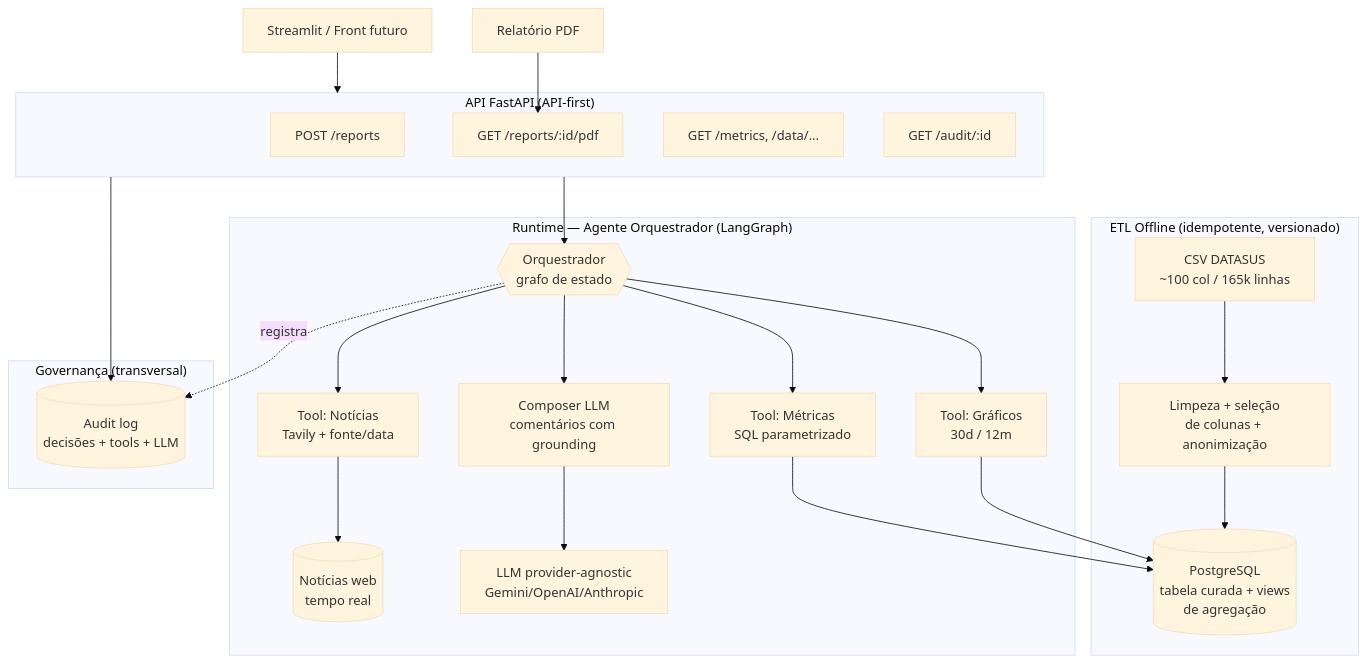
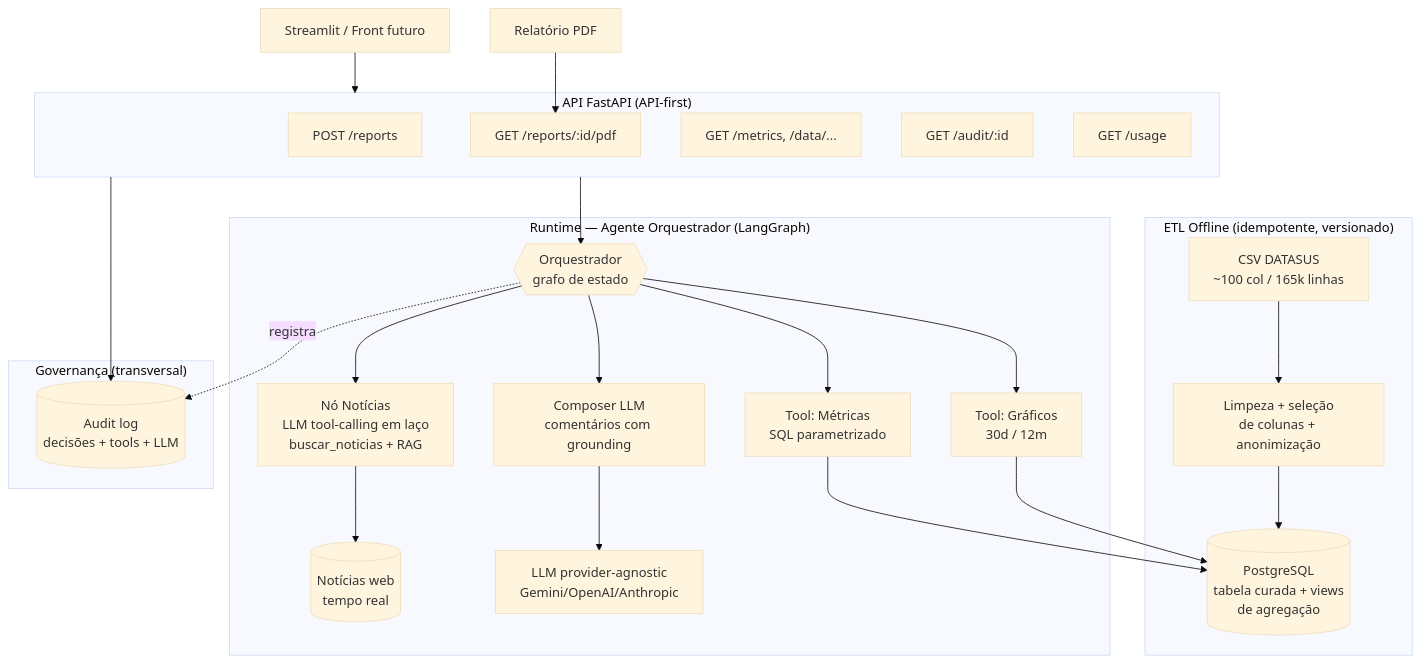
Before and after one commit to FilipePaco/HealthCareAI: the first of 2 diagrams in .kiro/specs/srag-report-agent/design.md, drawn with Mermaid (base theme). The commit also changed other lines of this file and 21 other files, not shown here.

First line of the commit message:
feat: notícias por tool-calling do LLM + observabilidade de uso/custo

````diff
--- a/.kiro/specs/srag-report-agent/design.md
+++ b/.kiro/specs/srag-report-agent/design.md
@@ -12,36 +12,37 @@
 ```mermaid
 flowchart TB
     subgraph OFFLINE["ETL Offline (idempotente, versionado)"]
         CSV[CSV DATASUS<br/>~100 col / 165k linhas] --> CLEAN[Limpeza + seleção<br/>de colunas + anonimização]
         CLEAN --> LOAD[(PostgreSQL<br/>tabela curada + views<br/>de agregação)]
     end
 
     subgraph RUNTIME["Runtime — Agente Orquestrador (LangGraph)"]
         ORCH{{Orquestrador<br/>grafo de estado}}
         ORCH --> MT[Tool: Métricas<br/>SQL parametrizado]
         ORCH --> CT[Tool: Gráficos<br/>30d / 12m]
-        ORCH --> NT[Tool: Notícias<br/>Tavily + fonte/data]
+        ORCH --> NT[Nó Notícias<br/>LLM tool-calling em laço<br/>buscar_noticias + RAG]
         ORCH --> COMP[Composer LLM<br/>comentários com grounding]
         MT --> LOAD
         CT --> LOAD
         NT --> WEB[(Notícias web<br/>tempo real)]
         COMP --> LLM[LLM provider-agnostic<br/>Gemini/OpenAI/Anthropic]
     end
 
     subgraph GOV["Governança (transversal)"]
         AUDIT[(Audit log<br/>decisões + tools + LLM)]
     end
 
     subgraph API["API FastAPI (API-first)"]
         EP1[POST /reports]
         EP2[GET /reports/:id/pdf]
         EP3[GET /metrics, /data/...]
         EP4[GET /audit/:id]
+        EP5[GET /usage]
     end
 
     UI[Streamlit / Front futuro] --> API
     API --> ORCH
     ORCH -.registra.-> AUDIT
     API --> AUDIT
     PDF[Relatório PDF] --> EP2
 ```
````
